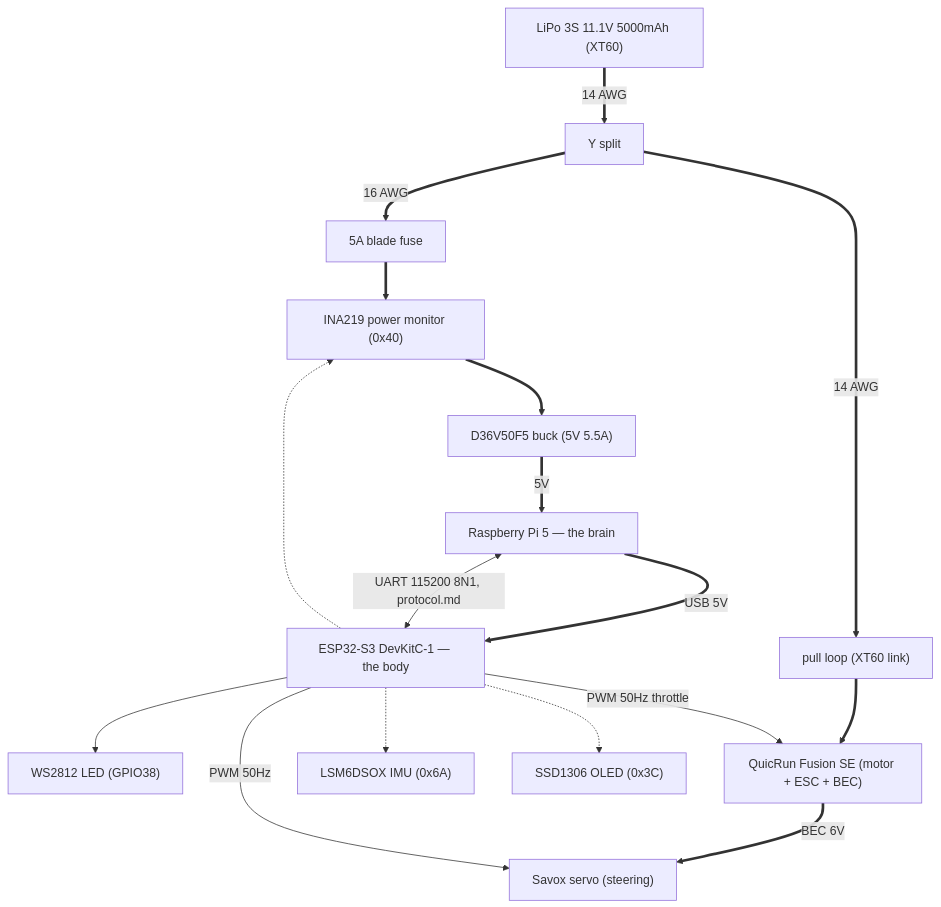
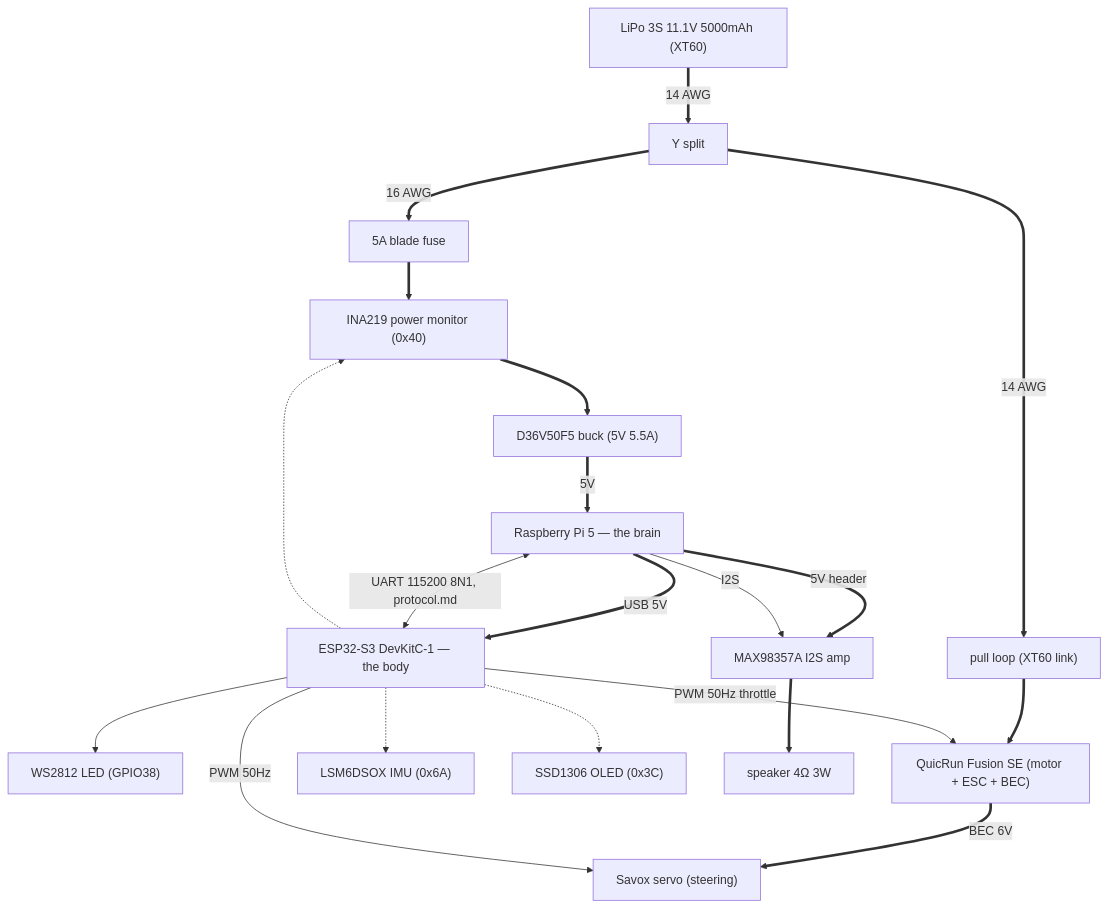
The first of 2 diagrams in hardware.md (op12no2/mike), drawn with Mermaid before and after one commit. The commit also changed other lines of this file and 1 other file, not shown here.

First line of the commit message:
hardware, parts: voice out — max98357a i2s amp + 4R speaker on the pi

````diff
--- a/hardware.md
+++ b/hardware.md
@@ -9,33 +9,38 @@
 ```mermaid
 flowchart TD
   bat["LiPo 3S 11.1V 5000mAh (XT60)"]
   y["Y split"]
   loop["pull loop (XT60 link)"]
   fuse["5A blade fuse"]
   ina["INA219 power monitor (0x40)"]
   buck["D36V50F5 buck (5V 5.5A)"]
   pi["Raspberry Pi 5 — the brain"]
   esp["ESP32-S3 DevKitC-1 — the body"]
   led["WS2812 LED (GPIO38)"]
   esc["QuicRun Fusion SE (motor + ESC + BEC)"]
   servo["Savox servo (steering)"]
   imu["LSM6DSOX IMU (0x6A)"]
   oled["SSD1306 OLED (0x3C)"]
+  amp["MAX98357A I2S amp"]
+  spk["speaker 4Ω 3W"]
 
   bat ==>|"14 AWG"| y
   y ==>|"14 AWG"| loop
   loop ==> esc
   y ==>|"16 AWG"| fuse
   fuse ==> ina
   ina ==> buck
   buck ==>|"5V"| pi
   pi ==>|"USB 5V"| esp
   esc ==>|"BEC 6V"| servo
   pi <-->|"UART 115200 8N1, protocol.md"| esp
   esp -->|"PWM 50Hz"| servo
   esp -->|"PWM 50Hz throttle"| esc
   esp -.-> ina
   esp -.-> imu
   esp -.-> oled
   esp --> led
+  pi ==>|"5V header"| amp
+  pi -->|"I2S"| amp
+  amp ==> spk
 ```
````
